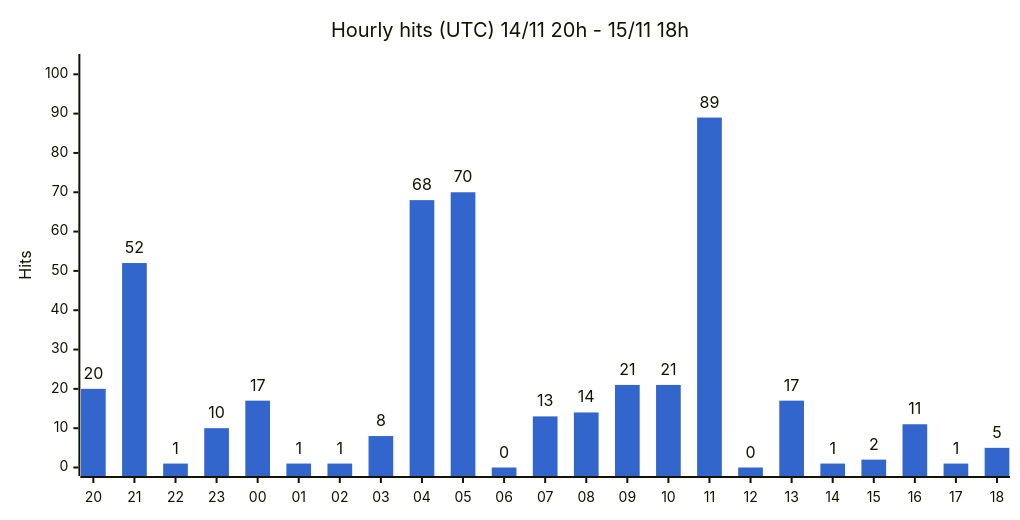
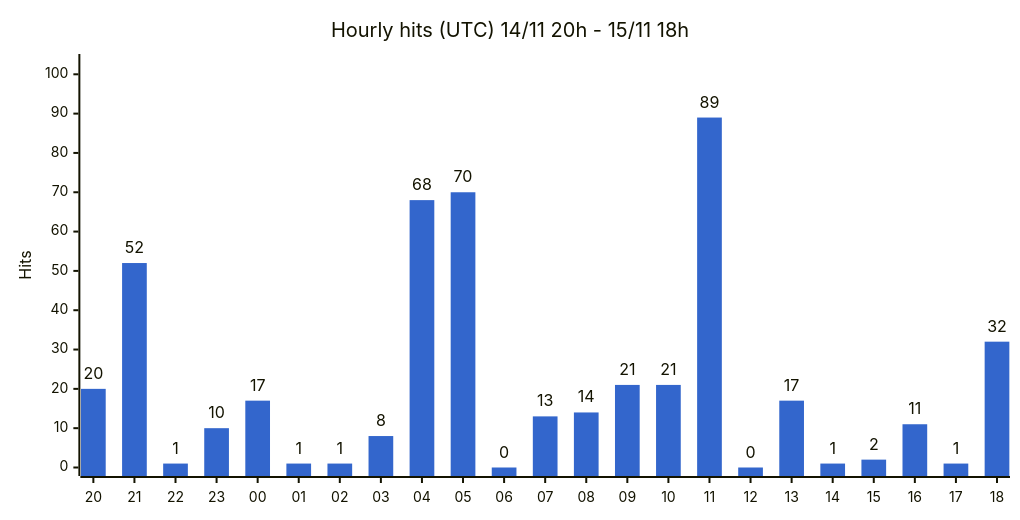
One commit to gmoulard/wikipedia2book changed the first of 3 diagrams in docs/stats.md. Above: the diagram before and after it, drawn with Mermaid. The commit also changed other lines of this file and 1 other file, not shown here.

Commit message:
stats: deploy 2026-11-15 18:51 UTC

````diff
--- a/docs/stats.md
+++ b/docs/stats.md
@@ -17,8 +17,8 @@
 ```mermaid
 %%{init: {"xyChart": {"width": 1000, "showDataLabel": true, "showDataLabelOutsideBar": true}, "themeVariables": {"xyChart": {"plotColorPalette": "#3366cc"}}}}%%
 xychart-beta
     title "Hourly hits (UTC) 14/11 20h - 15/11 18h"
     x-axis ["20", "21", "22", "23", "00", "01", "02", "03", "04", "05", "06", "07", "08", "09", "10", "11", "12", "13", "14", "15", "16", "17", "18"]
     y-axis "Hits" 0 --> 103
-    bar [20, 52, 1, 10, 17, 1, 1, 8, 68, 70, 0, 13, 14, 21, 21, 89, 0, 17, 1, 2, 11, 1, 5]
+    bar [20, 52, 1, 10, 17, 1, 1, 8, 68, 70, 0, 13, 14, 21, 21, 89, 0, 17, 1, 2, 11, 1, 32]
 ```
````
